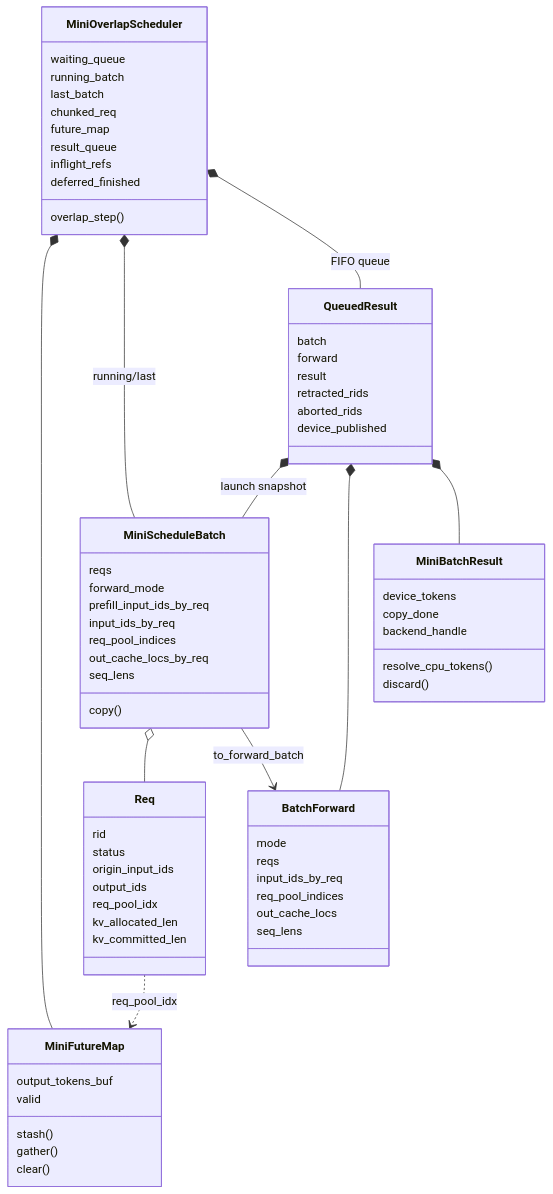
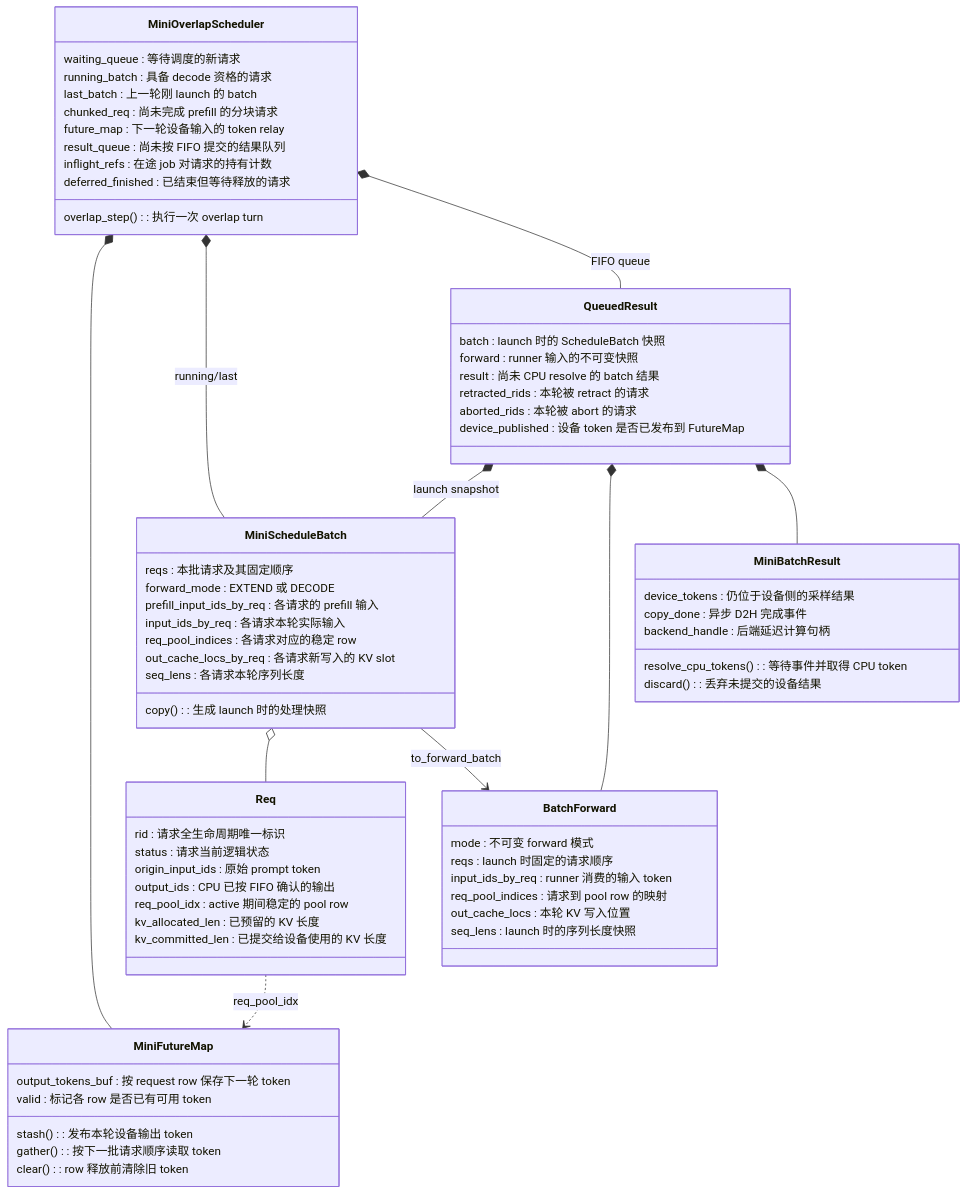
Before and after one commit to stream-iori/sglang: the second of 15 diagrams in my-sglang/docs/overlap-pipeline.md, drawn with Mermaid. The commit also changed 1 other file, not shown here.

Commit message:
add png photo

````diff
--- a/my-sglang/docs/overlap-pipeline.md
+++ b/my-sglang/docs/overlap-pipeline.md
@@ -269,73 +269,73 @@
 ```mermaid
 classDiagram
     class MiniOverlapScheduler {
-        waiting_queue
-        running_batch
-        last_batch
-        chunked_req
-        future_map
-        result_queue
-        inflight_refs
-        deferred_finished
-        overlap_step()
+        waiting_queue : 等待调度的新请求
+        running_batch : 具备 decode 资格的请求
+        last_batch : 上一轮刚 launch 的 batch
+        chunked_req : 尚未完成 prefill 的分块请求
+        future_map : 下一轮设备输入的 token relay
+        result_queue : 尚未按 FIFO 提交的结果队列
+        inflight_refs : 在途 job 对请求的持有计数
+        deferred_finished : 已结束但等待释放的请求
+        overlap_step() : 执行一次 overlap turn
     }
     class Req {
-        rid
-        status
-        origin_input_ids
-        output_ids
-        req_pool_idx
-        kv_allocated_len
-        kv_committed_len
+        rid : 请求全生命周期唯一标识
+        status : 请求当前逻辑状态
+        origin_input_ids : 原始 prompt token
+        output_ids : CPU 已按 FIFO 确认的输出
+        req_pool_idx : active 期间稳定的 pool row
+        kv_allocated_len : 已预留的 KV 长度
+        kv_committed_len : 已提交给设备使用的 KV 长度
     }
     class MiniScheduleBatch {
-        reqs
-        forward_mode
-        prefill_input_ids_by_req
-        input_ids_by_req
-        req_pool_indices
-        out_cache_locs_by_req
-        seq_lens
-        copy()
+        reqs : 本批请求及其固定顺序
+        forward_mode : EXTEND 或 DECODE
+        prefill_input_ids_by_req : 各请求的 prefill 输入
+        input_ids_by_req : 各请求本轮实际输入
+        req_pool_indices : 各请求对应的稳定 row
+        out_cache_locs_by_req : 各请求新写入的 KV slot
+        seq_lens : 各请求本轮序列长度
+        copy() : 生成 launch 时的处理快照
     }
     class BatchForward {
-        mode
-        reqs
-        input_ids_by_req
-        req_pool_indices
-        out_cache_locs
-        seq_lens
+        mode : 不可变 forward 模式
+        reqs : launch 时固定的请求顺序
+        input_ids_by_req : runner 消费的输入 token
+        req_pool_indices : 请求到 pool row 的映射
+        out_cache_locs : 本轮 KV 写入位置
+        seq_lens : launch 时的序列长度快照
     }
     class MiniFutureMap {
-        output_tokens_buf
-        valid
-        stash()
-        gather()
-        clear()
+        output_tokens_buf : 按 request row 保存下一轮 token
+        valid : 标记各 row 是否已有可用 token
+        stash() : 发布本轮设备输出 token
+        gather() : 按下一批请求顺序读取 token
+        clear() : row 释放前清除旧 token
     }
     class MiniBatchResult {
-        device_tokens
-        copy_done
-        backend_handle
-        resolve_cpu_tokens()
-        discard()
+        device_tokens : 仍位于设备侧的采样结果
+        copy_done : 异步 D2H 完成事件
+        backend_handle : 后端延迟计算句柄
+        resolve_cpu_tokens() : 等待事件并取得 CPU token
+        discard() : 丢弃未提交的设备结果
     }
     class QueuedResult {
-        batch
-        forward
-        result
-        retracted_rids
-        aborted_rids
-        device_published
+        batch : launch 时的 ScheduleBatch 快照
+        forward : runner 输入的不可变快照
+        result : 尚未 CPU resolve 的 batch 结果
+        retracted_rids : 本轮被 retract 的请求
+        aborted_rids : 本轮被 abort 的请求
+        device_published : 设备 token 是否已发布到 FutureMap
     }
 
     MiniOverlapScheduler *-- MiniFutureMap
     MiniOverlapScheduler *-- MiniScheduleBatch : running/last
     MiniOverlapScheduler *-- QueuedResult : FIFO queue
     MiniScheduleBatch o-- Req
     MiniScheduleBatch --> BatchForward : to_forward_batch
     QueuedResult *-- MiniScheduleBatch : launch snapshot
     QueuedResult *-- BatchForward
     QueuedResult *-- MiniBatchResult
     Req ..> MiniFutureMap : req_pool_idx
 ```
````
